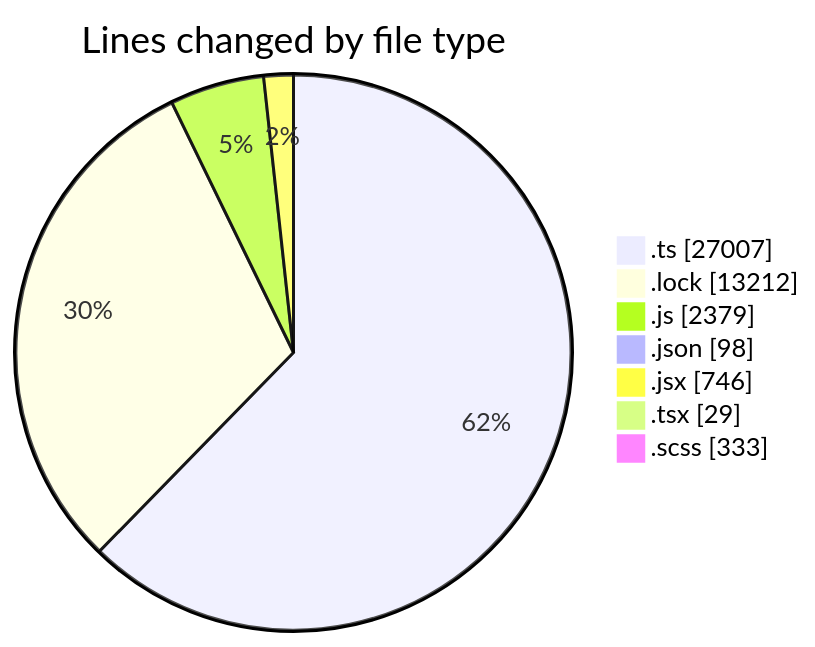
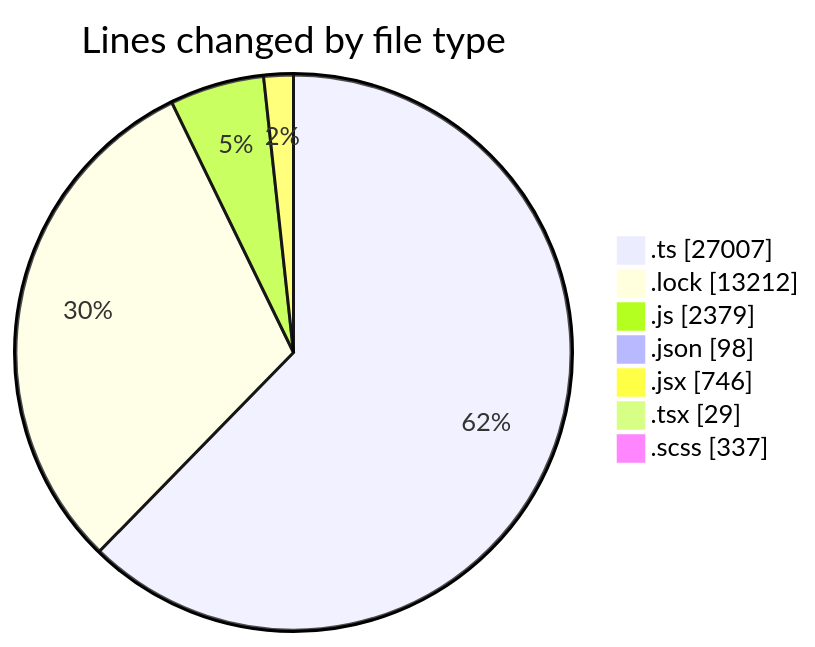
The first of 2 diagrams in 2025-05-16/cda/README.md (momahboobian/code-tracking), drawn with Mermaid before and after one commit. The commit also changed other lines of this file and 1 other file, not shown here.

````diff
--- a/2025-05-16/cda/README.md
+++ b/2025-05-16/cda/README.md
@@ -44,11 +44,11 @@
 ```mermaid
 pie showData
 title Lines changed by file type
 ".ts" : 27007
 ".lock" : 13212
 ".js" : 2379
 ".json" : 98
 ".jsx" : 746
 ".tsx" : 29
-".scss" : 333
+".scss" : 337
 ```
````
